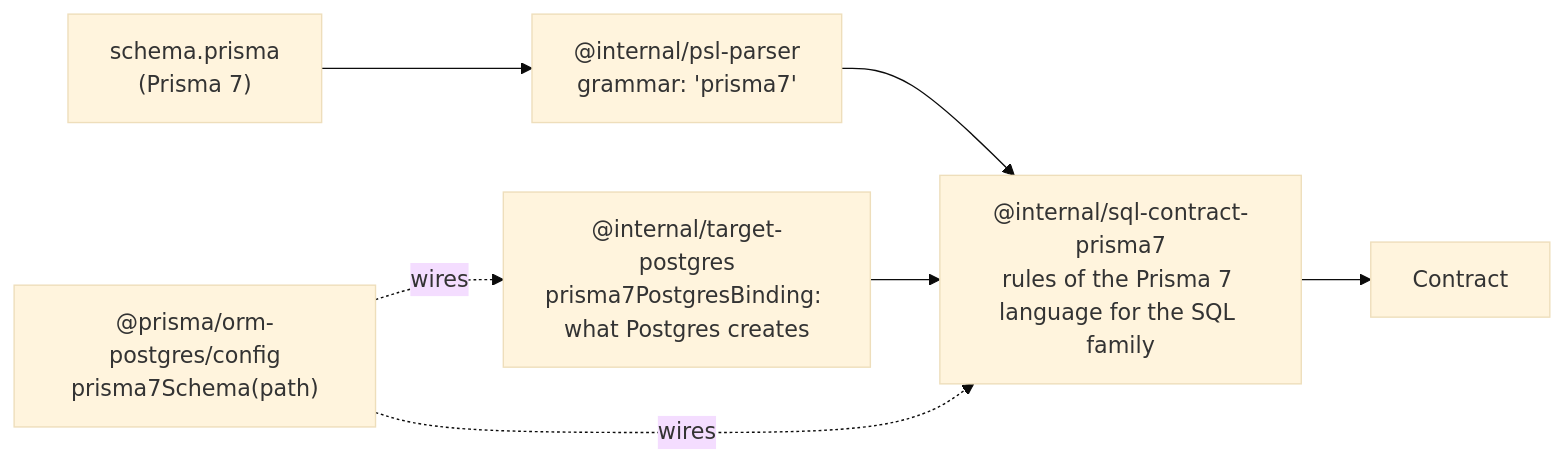
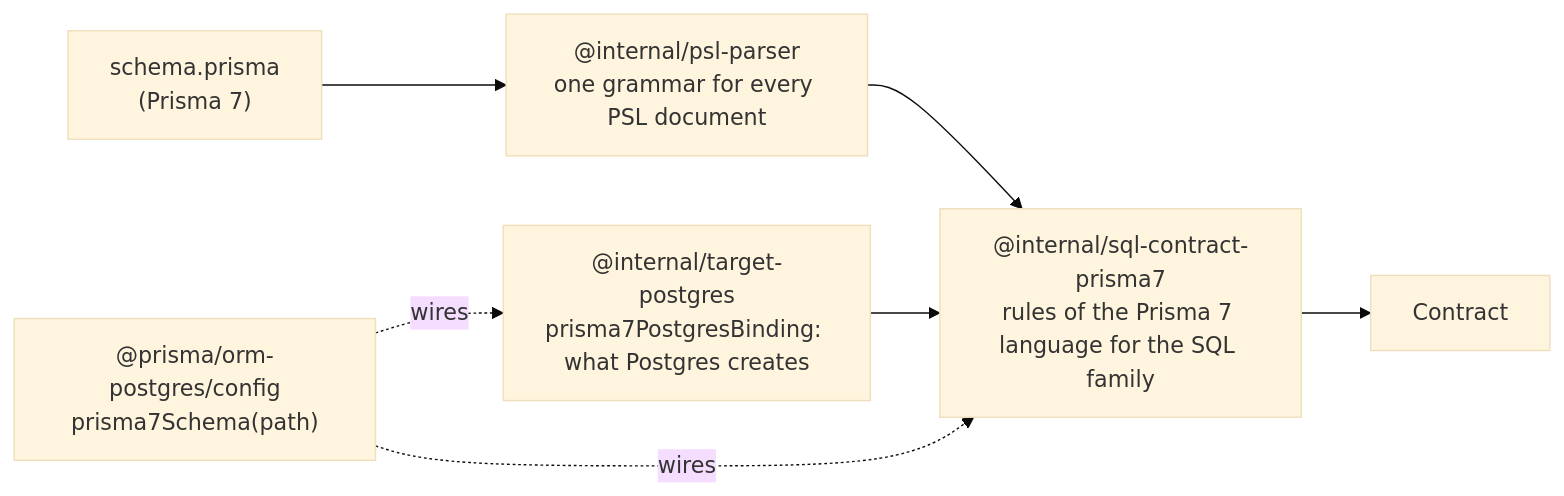
One commit to prisma/orm changed the diagram in docs/architecture docs/adrs/ADR 252 - An earlier Prisma version's schema is a contract source.md. Above: the diagram before and after it, drawn with Mermaid (base theme). The commit also changed other lines of this file and 39 other files, not shown here.

First line of the commit message:
fix(psl): one grammar for every PSL document, and the formatter keeps what it used to damage

````diff
--- a/docs/architecture docs/adrs/ADR 252 - An earlier Prisma version's schema is a contract source.md
+++ b/docs/architecture docs/adrs/ADR 252 - An earlier Prisma version's schema is a contract source.md
@@ -87,9 +87,9 @@
 ```mermaid
 flowchart LR
-  schema["schema.prisma<br/>(Prisma 7)"] --> parser["@internal/psl-parser<br/>grammar: 'prisma7'"]
+  schema["schema.prisma<br/>(Prisma 7)"] --> parser["@internal/psl-parser<br/>one grammar for every PSL document"]
   parser --> interpreter["@internal/sql-contract-prisma7<br/>rules of the Prisma 7 language for the SQL family"]
   binding["@internal/target-postgres<br/>prisma7PostgresBinding: what Postgres creates"] --> interpreter
   interpreter --> contract["Contract"]
   facade["@prisma/orm-postgres/config<br/>prisma7Schema(path)"] -. wires .-> interpreter
   facade -. wires .-> binding
 ```
````
